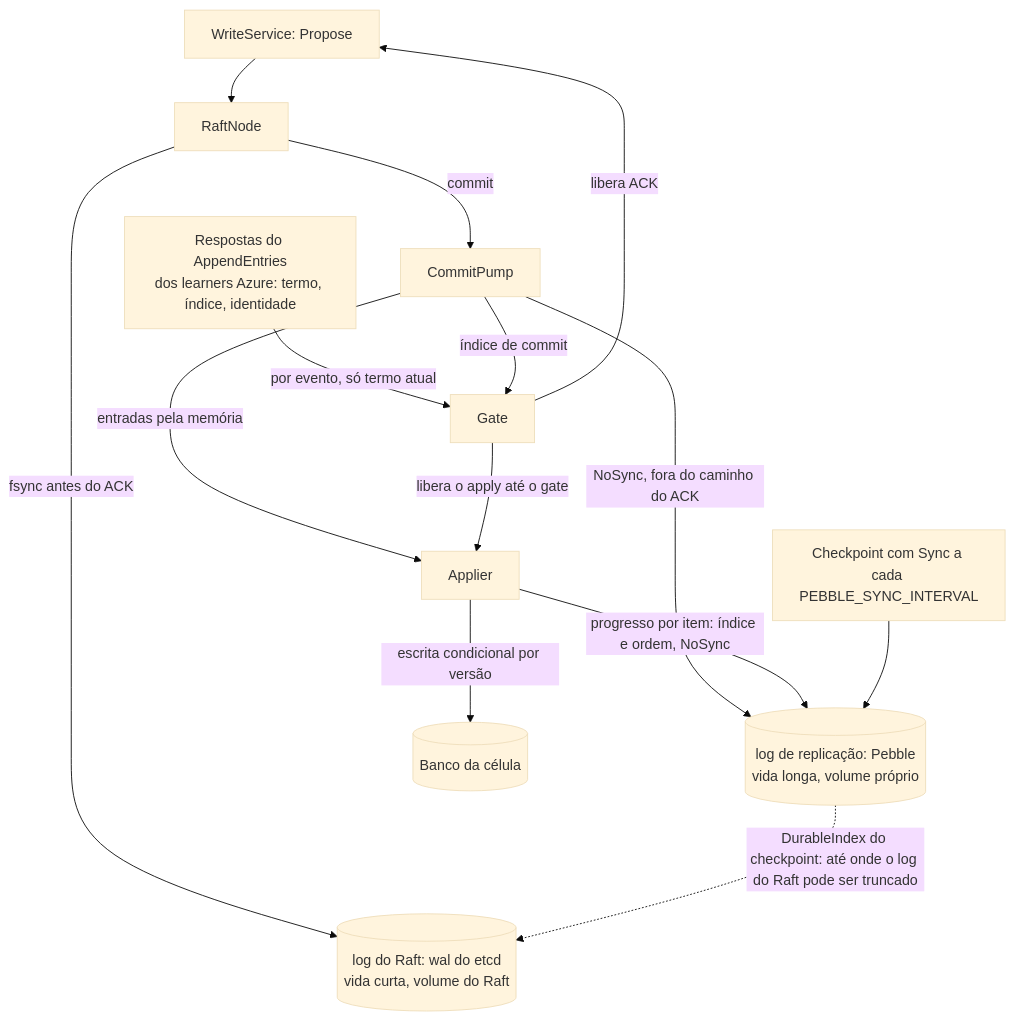
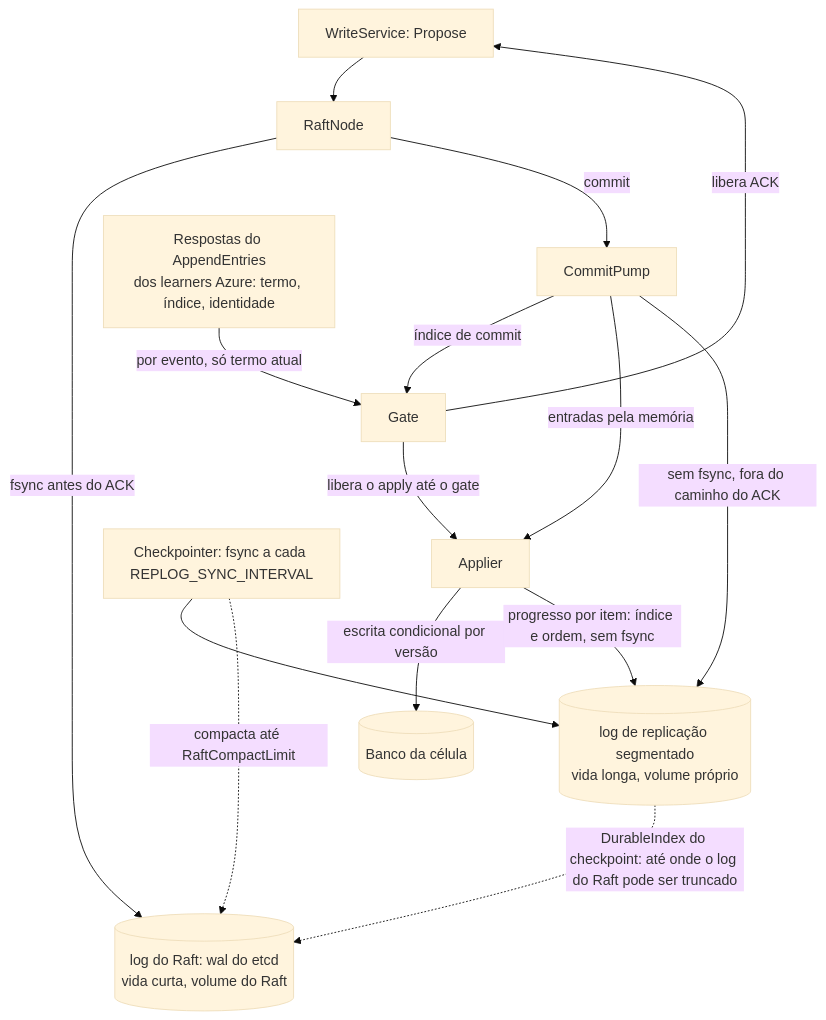
Before and after one commit to brbarmex/k: the diagram in 04_diagramas/D04-dois-logs-e-commitpump.md, drawn with Mermaid (base theme). The commit also changed other lines of this file and 40 other files, not shown here.

First line of the commit message:
Troca o Pebble por log de replicação segmentado (ADR-055) e implementa o fluxo no código de exemplo

````diff
--- a/04_diagramas/D04-dois-logs-e-commitpump.md
+++ b/04_diagramas/D04-dois-logs-e-commitpump.md
@@ -9,16 +9,17 @@
 ```mermaid
 flowchart TD
     W["WriteService: Propose"] --> RAFT["RaftNode"]
     RAFT -->|"fsync antes do ACK"| RLOG[("log do Raft: wal do etcd<br/>vida curta, volume do Raft")]
     RAFT -->|"commit"| PUMP["CommitPump"]
     AZ["Respostas do AppendEntries<br/>dos learners Azure: termo, índice, identidade"] -->|"por evento, só termo atual"| GATE["Gate"]
     PUMP -->|"índice de commit"| GATE
     PUMP -->|"entradas pela memória"| APPL["Applier"]
-    PUMP -->|"NoSync, fora do caminho do ACK"| REP[("log de replicação: Pebble<br/>vida longa, volume próprio")]
+    PUMP -->|"sem fsync, fora do caminho do ACK"| REP[("log de replicação segmentado<br/>vida longa, volume próprio")]
     GATE -->|"libera ACK"| W
     GATE -->|"libera o apply até o gate"| APPL
     APPL -->|"escrita condicional por versão"| DB[("Banco da célula")]
-    APPL -->|"progresso por item: índice e ordem, NoSync"| REP
-    CK["Checkpoint com Sync a cada PEBBLE_SYNC_INTERVAL"] --> REP
+    APPL -->|"progresso por item: índice e ordem, sem fsync"| REP
+    CK["Checkpointer: fsync a cada REPLOG_SYNC_INTERVAL"] --> REP
+    CK -.->|"compacta até RaftCompactLimit"| RLOG
     REP -.->|"DurableIndex do checkpoint: até onde o log do Raft pode ser truncado"| RLOG
 ```
````
